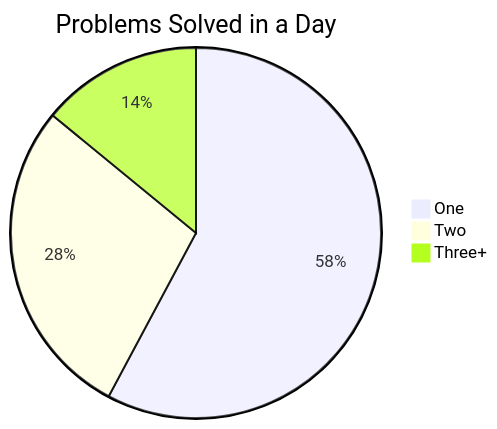
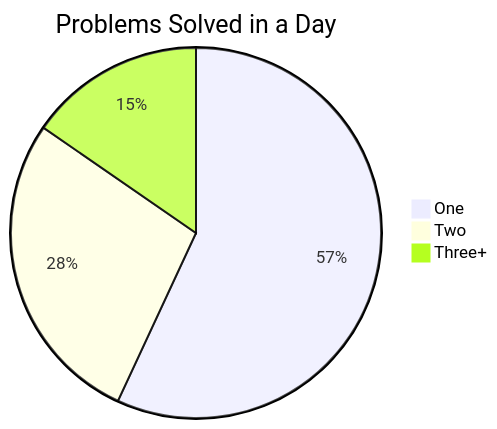
The second of 2 diagrams in readme.md (Jasjeet-Singh-S/100-days-DSA), drawn with Mermaid before and after one commit. The commit also changed other lines of this file and 4 other files, not shown here.

````diff
--- a/readme.md
+++ b/readme.md
@@ -25,6 +25,6 @@
 ```mermaid
 pie title Problems Solved in a Day
     "One" : 37
     "Two" : 18
-    "Three+" : 9
+    "Three+" : 10
 ```
````
